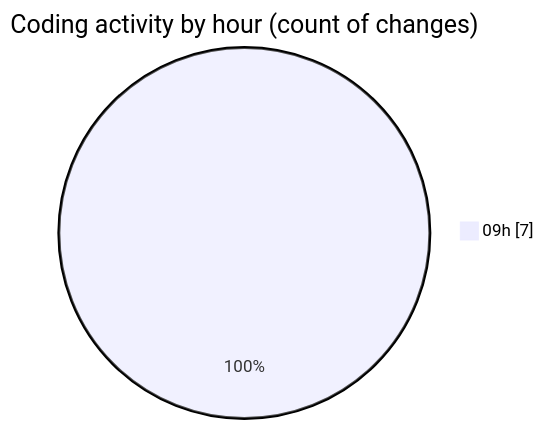
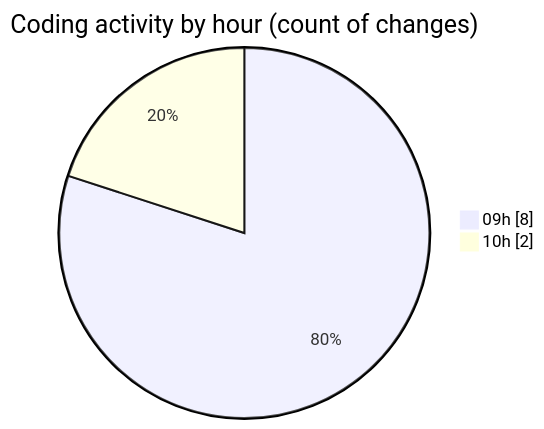
Before and after one commit to CELIANVF/code-tracking: the second of 2 diagrams in 2025-06-03/ecodeli-1/README.md, drawn with Mermaid. The commit also changed other lines of this file and 1 other file, not shown here.

````diff
--- a/2025-06-03/ecodeli-1/README.md
+++ b/2025-06-03/ecodeli-1/README.md
@@ -31,5 +34,6 @@
 ```mermaid
 pie showData
 title Coding activity by hour (count of changes)
-"09h" : 7
+"09h" : 8
+"10h" : 2
 ```
````
